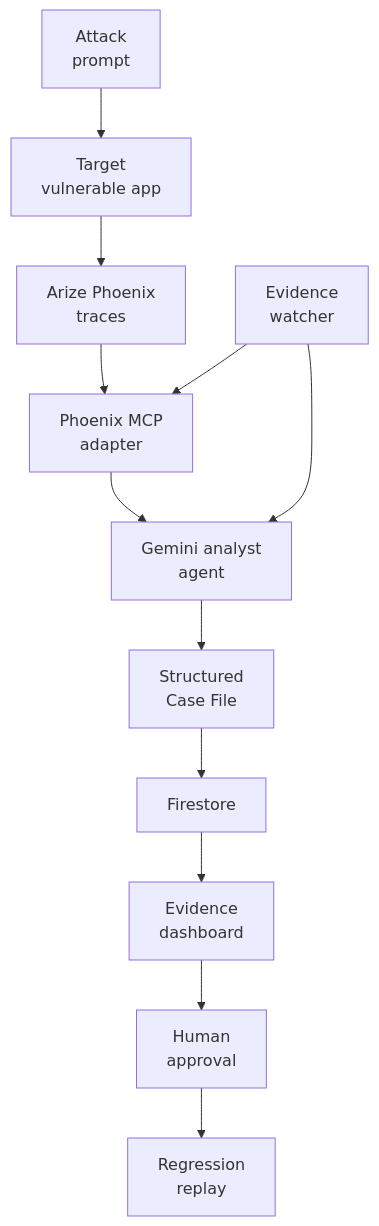
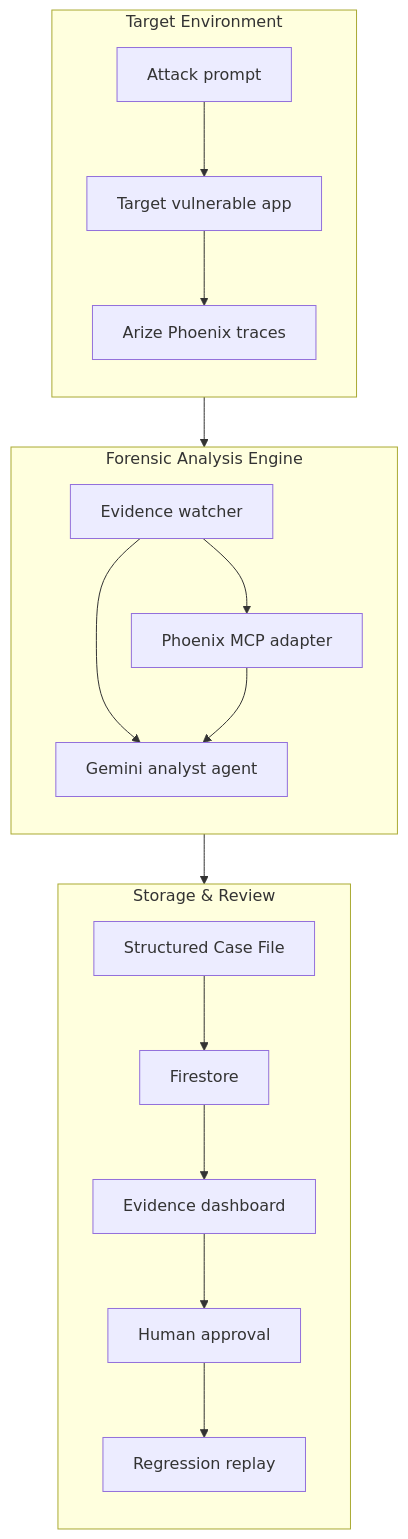
Before and after one commit to JacobThree/Evidence-Freezer: the diagram in README.md, drawn with Mermaid.

Commit message:
Enhance architecture diagram with subgraphs
Added subgraphs for Environment, Analysis, and Review sections to the architecture diagram.

````diff
--- a/README.md
+++ b/README.md
@@ -48,14 +48,25 @@
 ```mermaid
 flowchart TD
-    attacker["Attack<br>prompt"] --> target["Target<br>vulnerable app"]
-    target --> phoenix["Arize Phoenix<br>traces"]
-    phoenix --> mcp["Phoenix MCP<br>adapter"]
-    mcp --> analyst["Gemini analyst<br>agent"]
-    watcher["Evidence<br>watcher"] --> mcp
-    watcher --> analyst
-    analyst --> casefile["Structured<br>Case File"]
-    casefile --> firestore["Firestore"]
-    firestore --> dashboard["Evidence<br>dashboard"]
-    dashboard --> human["Human<br>approval"]
-    human --> replay["Regression<br>replay"]
+    subgraph Environment ["Target Environment"]
+        direction TB
+        attacker["Attack prompt"] --> target["Target vulnerable app"]
+        target --> phoenix["Arize Phoenix traces"]
+    end
+
+    subgraph Analysis ["Forensic Analysis Engine"]
+        direction TB
+        phoenix --> mcp["Phoenix MCP adapter"]
+        watcher["Evidence watcher"] --> mcp
+        watcher --> analyst["Gemini analyst agent"]
+        mcp --> analyst
+    end
+
+    subgraph Review ["Storage & Review"]
+        direction TB
+        analyst --> casefile["Structured Case File"]
+        casefile --> firestore["Firestore"]
+        firestore --> dashboard["Evidence dashboard"]
+        dashboard --> human["Human approval"]
+        human --> replay["Regression replay"]
+    end
 ```
````
